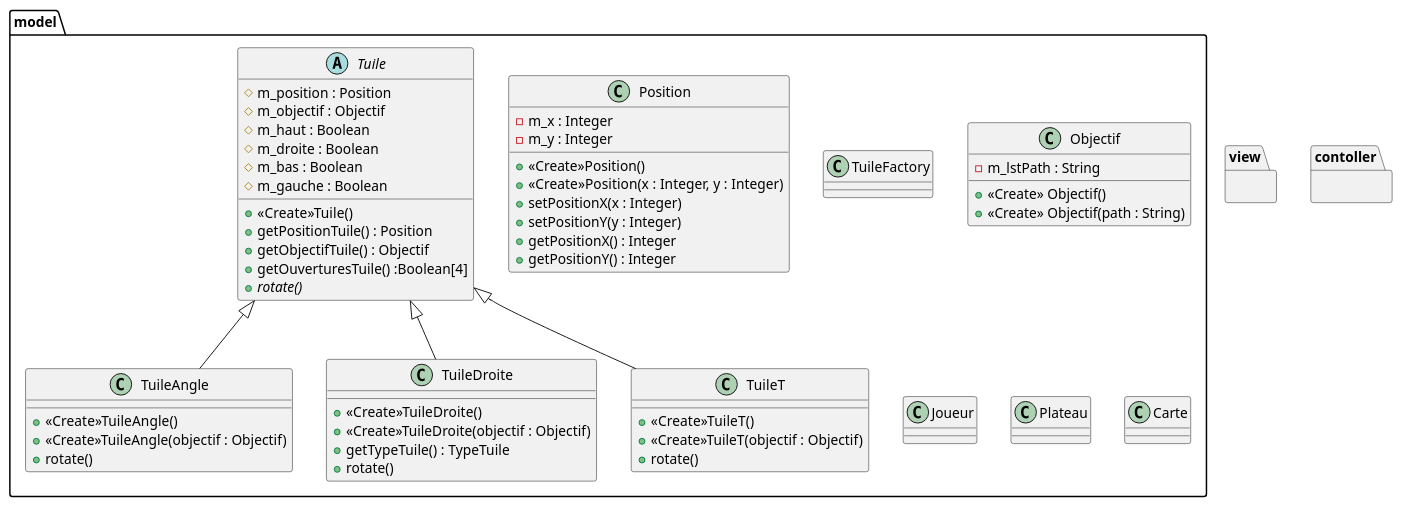
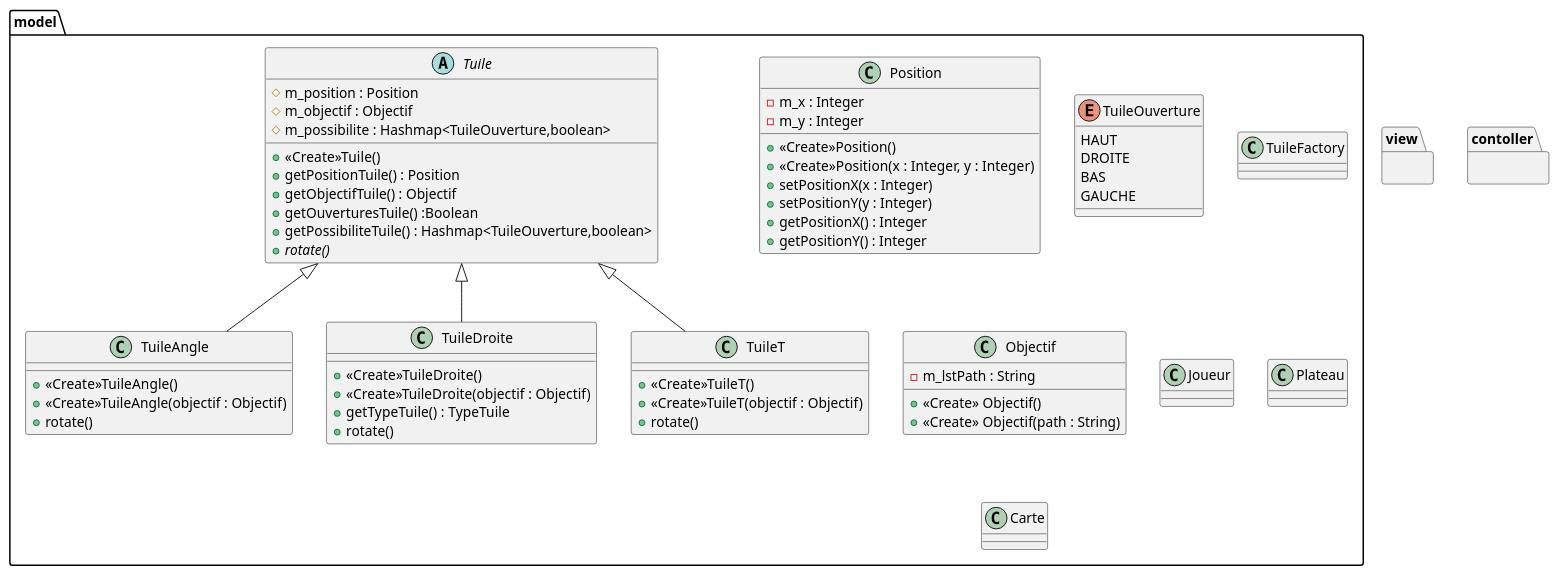
One commit to alexandreCouton/projet_Labyrinthe changed the diagram in UML/Semaine1.puml. Above: the diagram before and after it, drawn with PlantUML.

Commit message:
Modification de l'uml ajout hashmap

```diff
--- a/UML/Semaine1.puml
+++ b/UML/Semaine1.puml
@@ -1,85 +1,94 @@
 @startuml
 
 package view{
 
 }
 
 
 package model{
 
 
     class Position{
         -m_x : Integer
         -m_y : Integer
         +<<Create>>Position()
         +<<Create>>Position(x : Integer, y : Integer)
         +setPositionX(x : Integer)
         +setPositionY(y : Integer)
         +getPositionX() : Integer
         +getPositionY() : Integer
     }
 
+    enum TuileOuverture{
+        HAUT
+        DROITE
+        BAS
+        GAUCHE
+    }
+
     abstract Tuile{
         #m_position : Position
         #m_objectif : Objectif
-        #m_haut : Boolean
+        #m_possibilite : Hashmap<TuileOuverture,boolean>
+        /'#m_haut : Boolean
         #m_droite : Boolean
         #m_bas : Boolean
-        #m_gauche : Boolean
+        #m_gauche : Boolean'/
         +<<Create>>Tuile()
         +getPositionTuile() : Position
         +getObjectifTuile() : Objectif
-        +getOuverturesTuile() :Boolean[4]
+        +getOuverturesTuile() :Boolean
+        +getPossibiliteTuile() : Hashmap<TuileOuverture,boolean>
         +{abstract}rotate()
+    }
 
-    }
     class TuileAngle extends Tuile{
         +<<Create>>TuileAngle()
         +<<Create>>TuileAngle(objectif : Objectif)
         +rotate()
     }
     class TuileDroite extends Tuile{
         +<<Create>>TuileDroite()
         +<<Create>>TuileDroite(objectif : Objectif)
         +getTypeTuile() : TypeTuile
         +rotate()
 
     }
     class TuileT extends Tuile{
         +<<Create>>TuileT()
         +<<Create>>TuileT(objectif : Objectif)
         +rotate()
     }
     class TuileFactory{
     }
 
 
     class Objectif
     {
         -m_lstPath : String
         +<<Create>> Objectif()
         +<<Create>> Objectif(path : String)
     }
 
 
 
     class Joueur{}
 
     class Plateau{}
 
     class Carte{}
 
 
 
 }
 
 package contoller{
 
 }
 
 
 
 
 
 
 @enduml
```
